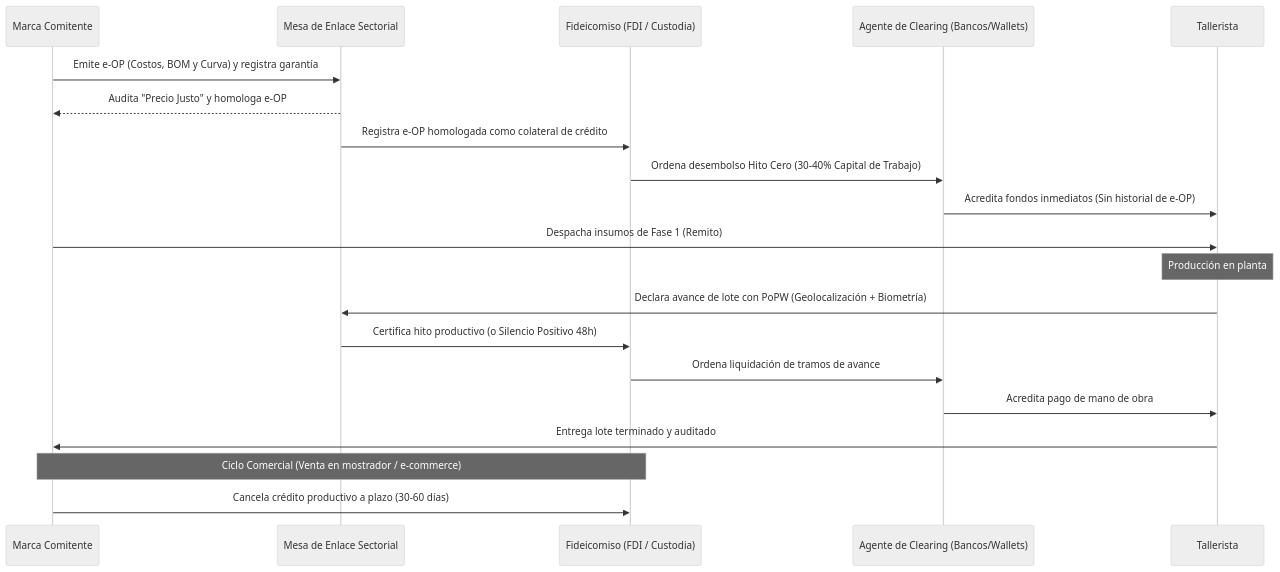
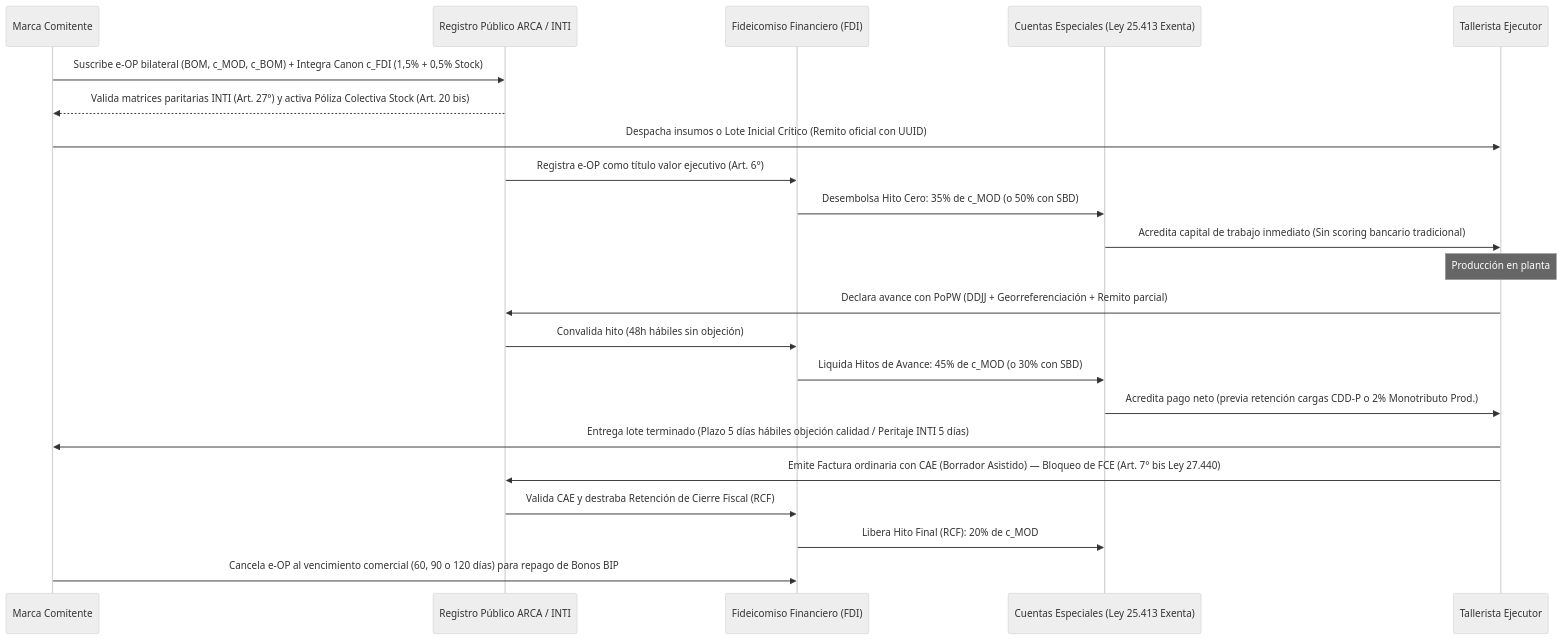
One commit to sarthouse/indinopy changed the second of 2 diagrams in docs/md/dossier_fimca_base.md. Above: the diagram before and after it, drawn with Mermaid (neutral theme). The commit also changed other lines of this file and 24 other files, not shown here.

````diff
--- a/docs/md/dossier_fimca_base.md
+++ b/docs/md/dossier_fimca_base.md
@@ -100,23 +108,25 @@
 ```mermaid
 sequenceDiagram
     participant M as Marca Comitente
-    participant MES as Mesa de Enlace Sectorial
-    participant FDI as Fideicomiso (FDI / Custodia)
-    participant B as Agente de Clearing (Bancos/Wallets)
-    participant T as Tallerista
+    participant ARCA as Registro Público ARCA / INTI
+    participant FDI as Fideicomiso Financiero (FDI)
+    participant B as Cuentas Especiales (Ley 25.413 Exenta)
+    participant T as Tallerista Ejecutor
     
-    M->>MES: Emite e-OP (Costos, BOM y Curva) y registra garantía
-    MES-->>M: Audita "Precio Justo" y homologa e-OP
-    MES->>FDI: Registra e-OP homologada como colateral de crédito
-    FDI->>B: Ordena desembolso Hito Cero (30-40% Capital de Trabajo)
-    B->>T: Acredita fondos inmediatos (Sin historial de e-OP)
-    M->>T: Despacha insumos de Fase 1 (Remito)
+    M->>ARCA: Suscribe e-OP bilateral (BOM, c_MOD, c_BOM) + Integra Canon c_FDI (1,5% + 0,5% Stock)
+    ARCA-->>M: Valida matrices paritarias INTI (Art. 27°) y activa Póliza Colectiva Stock (Art. 20 bis)
+    M->>T: Despacha insumos o Lote Inicial Crítico (Remito oficial con UUID)
+    ARCA->>FDI: Registra e-OP como título valor ejecutivo (Art. 6°)
+    FDI->>B: Desembolsa Hito Cero: 35% de c_MOD (o 50% con SBD)
+    B->>T: Acredita capital de trabajo inmediato (Sin scoring bancario tradicional)
     Note over T: Producción en planta
-    T->>MES: Declara avance de lote con PoPW (Geolocalización + Biometría)
-    MES->>FDI: Certifica hito productivo (o Silencio Positivo 48h)
-    FDI->>B: Ordena liquidación de tramos de avance
-    B->>T: Acredita pago de mano de obra
-    T->>M: Entrega lote terminado y auditado
-    Note over M,FDI: Ciclo Comercial (Venta en mostrador / e-commerce)
-    M->>FDI: Cancela crédito productivo a plazo (30-60 días)
+    T->>ARCA: Declara avance con PoPW (DDJJ + Georreferenciación + Remito parcial)
+    ARCA->>FDI: Convalida hito (48h hábiles sin objeción)
+    FDI->>B: Liquida Hitos de Avance: 45% de c_MOD (o 30% con SBD)
+    B->>T: Acredita pago neto (previa retención cargas CDD-P o 2% Monotributo Prod.)
+    T->>M: Entrega lote terminado (Plazo 5 días hábiles objeción calidad / Peritaje INTI 5 días)
+    T->>ARCA: Emite Factura ordinaria con CAE (Borrador Asistido) — Bloqueo de FCE (Art. 7° bis Ley 27.440)
+    ARCA->>FDI: Valida CAE y destraba Retención de Cierre Fiscal (RCF)
+    FDI->>B: Libera Hito Final (RCF): 20% de c_MOD
+    M->>FDI: Cancela e-OP al vencimiento comercial (60, 90 o 120 días) para repago de Bonos BIP
 ```
````
